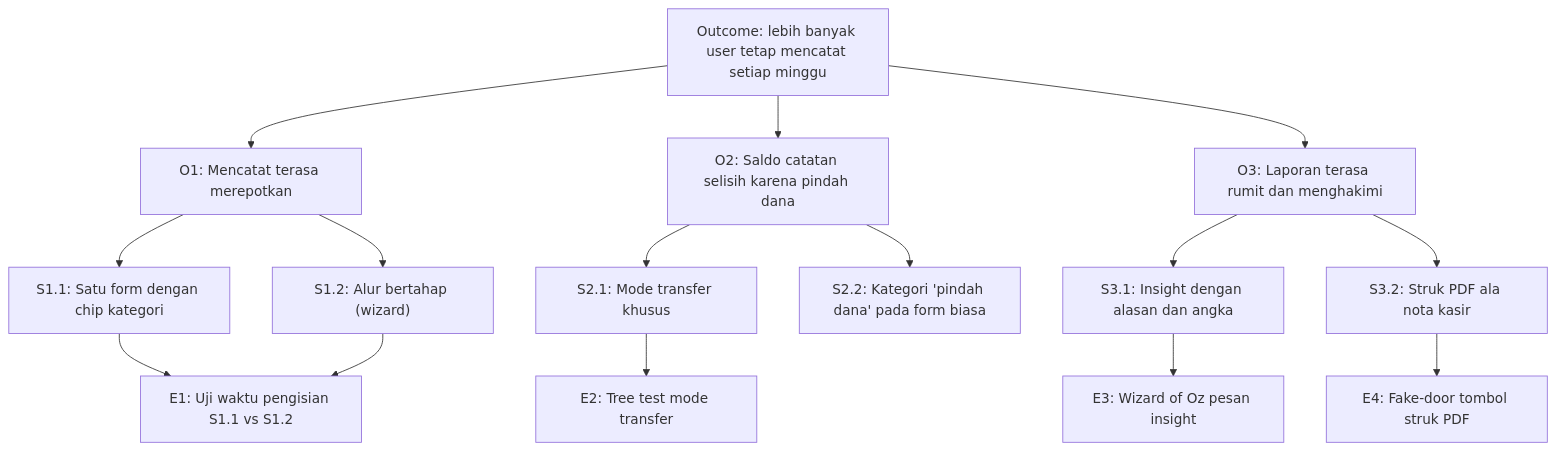
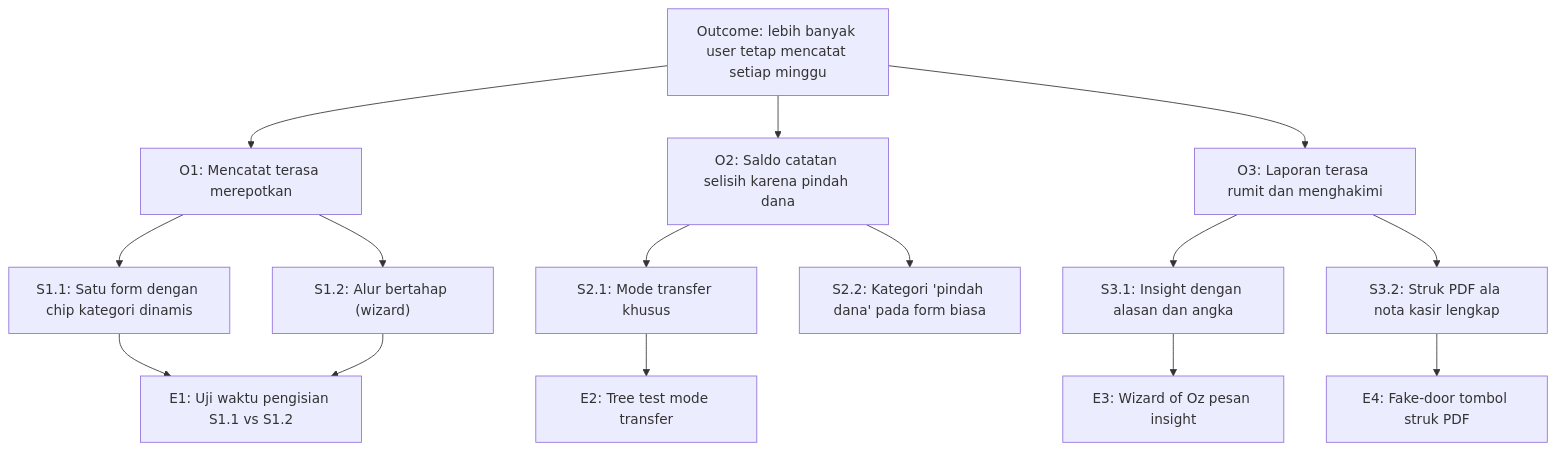
Before and after one commit to umaralf2735/Tabungan: the second of 3 diagrams in README.md, drawn with Mermaid. The commit also changed other lines of this file, not shown here.

````diff
--- a/README.md
+++ b/README.md
@@ -182,30 +216,30 @@
 ```mermaid
 graph TD
     Outcome["Outcome: lebih banyak user tetap mencatat setiap minggu"]
 
     O1["O1: Mencatat terasa merepotkan"]
     O2["O2: Saldo catatan selisih karena pindah dana"]
     O3["O3: Laporan terasa rumit dan menghakimi"]
 
-    S11["S1.1: Satu form dengan chip kategori"]
+    S11["S1.1: Satu form dengan chip kategori dinamis"]
     S12["S1.2: Alur bertahap (wizard)"]
     S21["S2.1: Mode transfer khusus"]
     S22["S2.2: Kategori 'pindah dana' pada form biasa"]
     S31["S3.1: Insight dengan alasan dan angka"]
-    S32["S3.2: Struk PDF ala nota kasir"]
+    S32["S3.2: Struk PDF ala nota kasir lengkap"]
 
     E1["E1: Uji waktu pengisian S1.1 vs S1.2"]
     E2["E2: Tree test mode transfer"]
     E3["E3: Wizard of Oz pesan insight"]
     E4["E4: Fake-door tombol struk PDF"]
 
     Outcome --> O1 & O2 & O3
     O1 --> S11 & S12
     O2 --> S21 & S22
     O3 --> S31 & S32
     S11 --> E1
     S12 --> E1
     S21 --> E2
     S31 --> E3
     S32 --> E4
 ```
````
